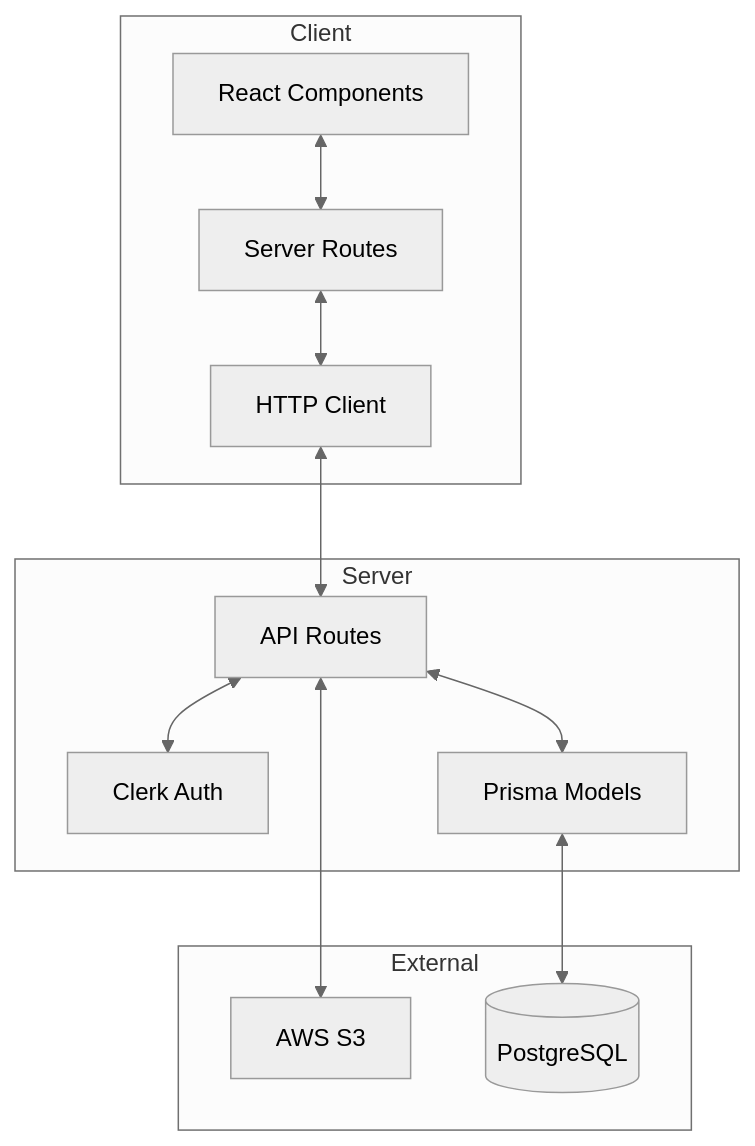
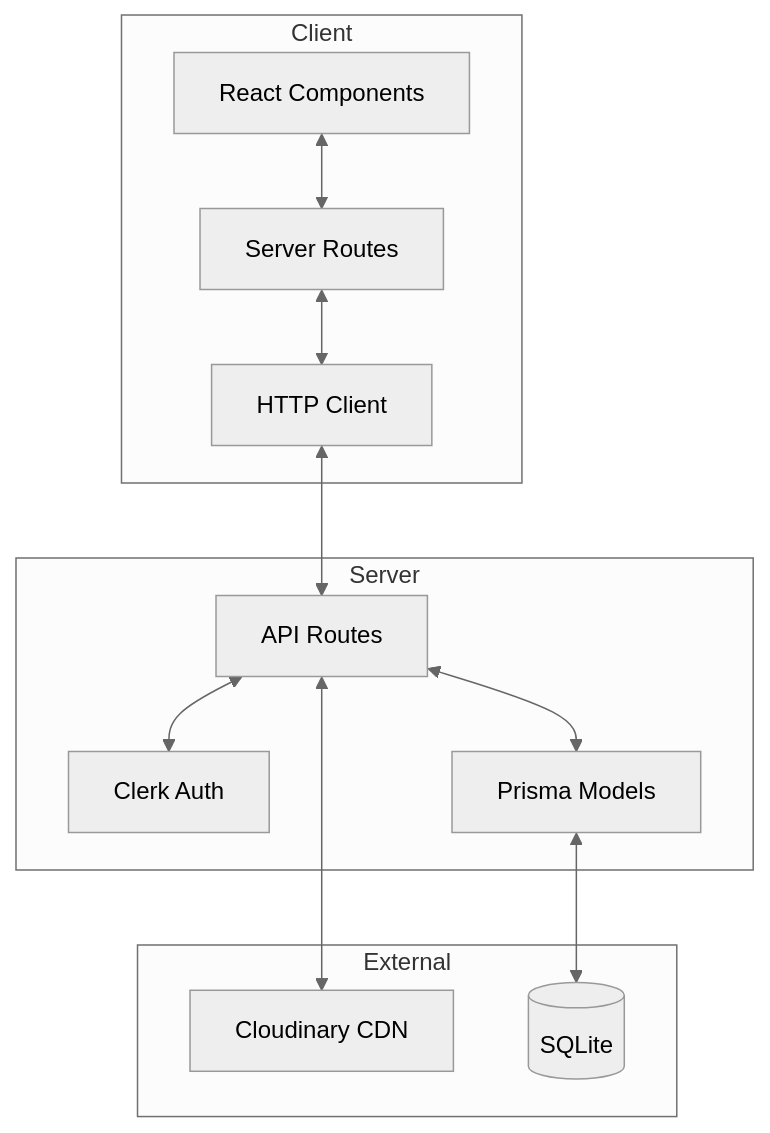
Before and after one commit to hezronkimutai/sora: the first of 4 diagrams in memory-bank/systemPatterns.md, drawn with Mermaid (neutral theme). The commit also changed other lines of this file and 25 other files, not shown here.

````diff
--- a/memory-bank/systemPatterns.md
+++ b/memory-bank/systemPatterns.md
@@ -5,27 +5,27 @@
 ```mermaid
 flowchart TD
     subgraph Client
         UI[React Components]
         SR[Server Routes]
         HC[HTTP Client]
     end
 
     subgraph Server
         AR[API Routes]
         AUTH[Clerk Auth]
         PM[Prisma Models]
     end
 
     subgraph External
-        S3[AWS S3]
-        DB[(PostgreSQL)]
+        CDN[Cloudinary CDN]
+        DB[(SQLite)]
     end
 
     UI <--> SR
     SR <--> HC
     HC <--> AR
     AR <--> AUTH
     AR <--> PM
     PM <--> DB
-    AR <--> S3
+    AR <--> CDN
 ```
````
